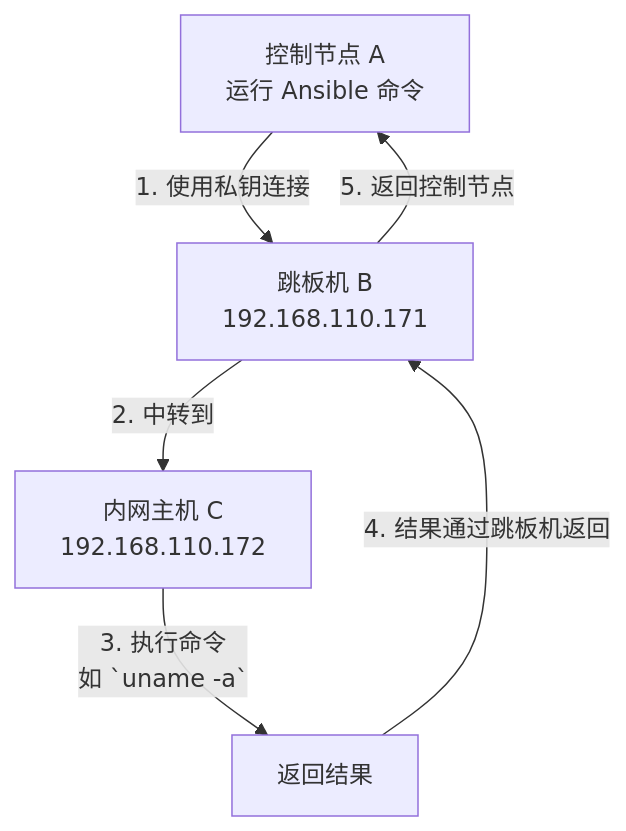
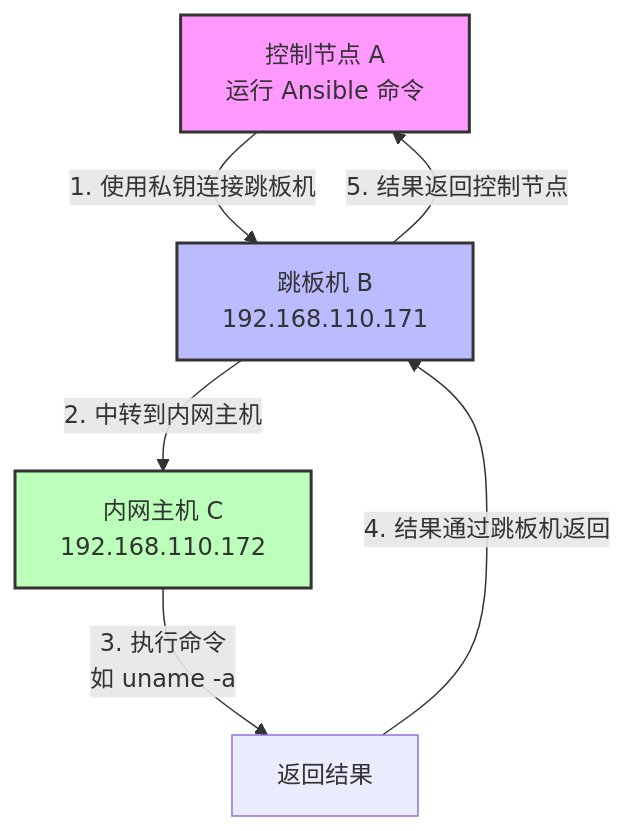
Before and after one commit to Tender-Liu/LinuxDevOps: the sixth of 6 diagrams in Jenkins-CICD/Ansible批量管理与自动化发布.md, drawn with Mermaid.

Commit message:
新增ansible jumpserver

````diff
--- a/Jenkins-CICD/Ansible批量管理与自动化发布.md
+++ b/Jenkins-CICD/Ansible批量管理与自动化发布.md
@@ -568,8 +568,11 @@
   ```mermaid
   flowchart TD
-    A[控制节点 A<br>运行 Ansible 命令] -->|1. 使用私钥连接| B[跳板机 B<br>192.168.110.171]
-    B -->|2. 中转到| C[内网主机 C<br>192.168.110.172]
-    C -->|3. 执行命令<br>如 `uname -a`| D[返回结果]
+    A[控制节点 A<br>运行 Ansible 命令] -->|1. 使用私钥连接跳板机| B[跳板机 B<br>192.168.110.171]
+    B -->|2. 中转到内网主机| C[内网主机 C<br>192.168.110.172]
+    C -->|3. 执行命令<br>如 uname -a| D[返回结果]
     D -->|4. 结果通过跳板机返回| B
-    B -->|5. 返回控制节点| A
+    B -->|5. 结果返回控制节点| A
+    style A fill:#f9f,stroke:#333,stroke-width:2px
+    style B fill:#bbf,stroke:#333,stroke-width:2px
+    style C fill:#bfb,stroke:#333,stroke-width:2px
   ```
````
